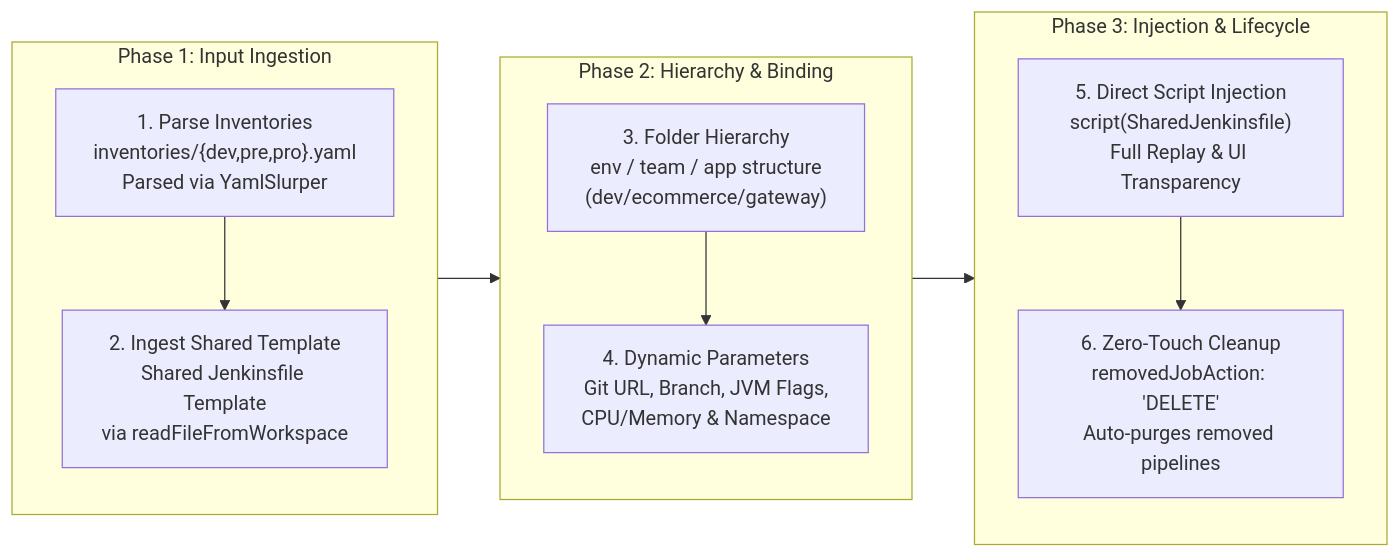
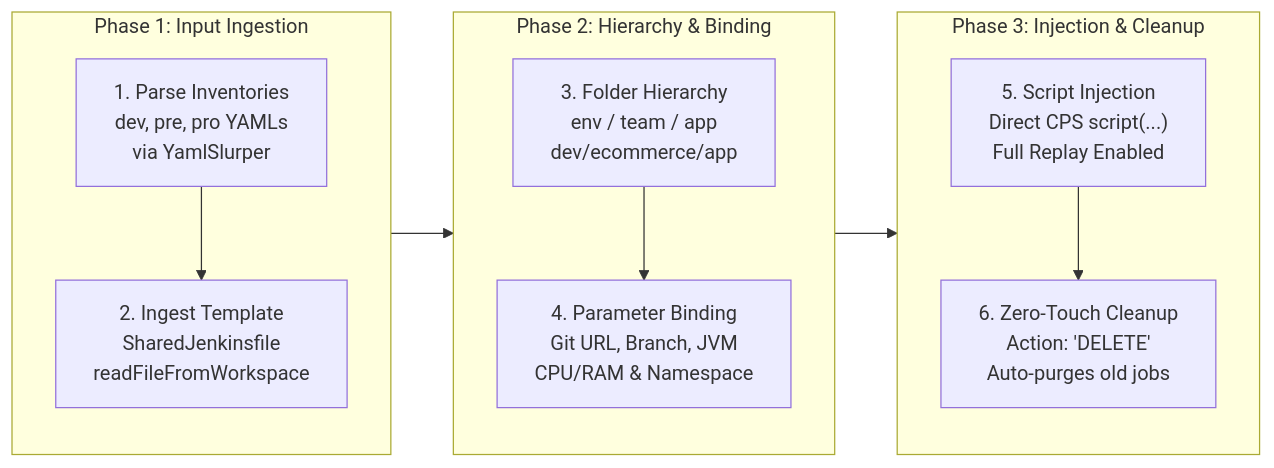
The sixth of 7 diagrams in README.md (nubenetes/jenkins-backstage-2026-poc1), drawn with Mermaid before and after one commit. The commit also changed other lines of this file, not shown here.

Commit message:
fix(docs): constrain line lengths in Mermaid node labels to eliminate SVG text truncation

````diff
--- a/README.md
+++ b/README.md
@@ -307,26 +307,26 @@
 ```mermaid
 flowchart LR
     subgraph P1["Phase 1: Input Ingestion"]
         direction TB
-        A1["1. Parse Inventories<br/>inventories/{dev,pre,pro}.yaml<br/>Parsed via YamlSlurper"]
-        A2["2. Ingest Shared Template<br/>Shared Jenkinsfile Template<br/>via readFileFromWorkspace"]
+        A1["1. Parse Inventories<br/>dev, pre, pro YAMLs<br/>via YamlSlurper"]
+        A2["2. Ingest Template<br/>SharedJenkinsfile<br/>readFileFromWorkspace"]
         A1 --> A2
     end
 
     subgraph P2["Phase 2: Hierarchy & Binding"]
         direction TB
-        B1["3. Folder Hierarchy<br/>env / team / app structure<br/>(dev/ecommerce/gateway)"]
-        B2["4. Dynamic Parameters<br/>Git URL, Branch, JVM Flags,<br/>CPU/Memory & Namespace"]
+        B1["3. Folder Hierarchy<br/>env / team / app<br/>dev/ecommerce/app"]
+        B2["4. Parameter Binding<br/>Git URL, Branch, JVM<br/>CPU/RAM & Namespace"]
         B1 --> B2
     end
 
-    subgraph P3["Phase 3: Injection & Lifecycle"]
+    subgraph P3["Phase 3: Injection & Cleanup"]
         direction TB
-        C1["5. Direct Script Injection<br/>script(SharedJenkinsfile)<br/>Full Replay & UI Transparency"]
-        C2["6. Zero-Touch Cleanup<br/>removedJobAction: 'DELETE'<br/>Auto-purges removed pipelines"]
+        C1["5. Script Injection<br/>Direct CPS script(...)<br/>Full Replay Enabled"]
+        C2["6. Zero-Touch Cleanup<br/>Action: 'DELETE'<br/>Auto-purges old jobs"]
         C1 --> C2
     end
 
     P1 --> P2
     P2 --> P3
 ```
````
